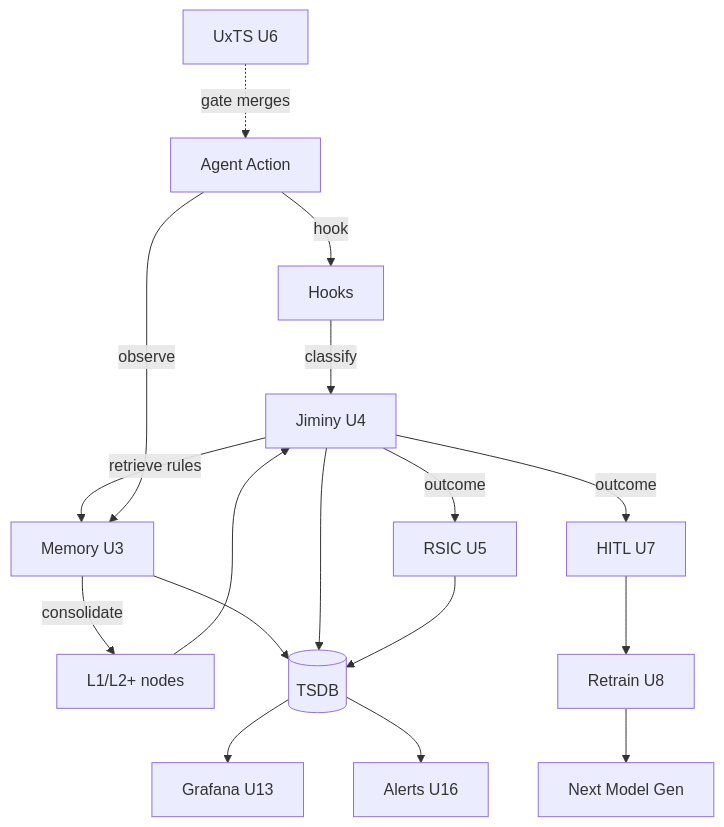
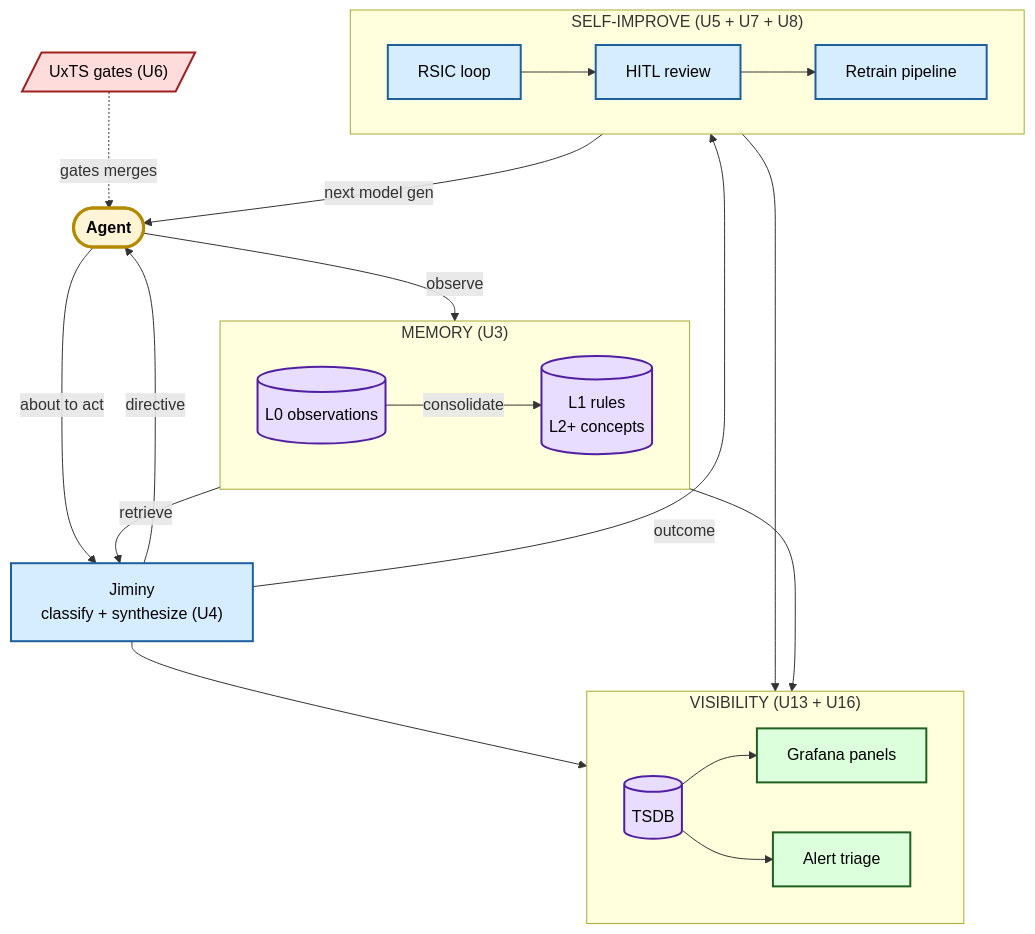
Before and after one commit to reh3376/mdemg: diagram 16 of 23 in docs/onboarding/mdemg-onboarding-deck.md, drawn with Mermaid. The commit also changed other lines of this file and 28 other files, not shown here.

````diff
--- a/docs/onboarding/mdemg-onboarding-deck.md
+++ b/docs/onboarding/mdemg-onboarding-deck.md
@@ -2109,19 +2109,43 @@
 ```mermaid
-graph TD
-  Agent[Agent Action] -->|hook| Hook[Hooks]
-  Hook -->|classify| Jiminy
-  Jiminy[Jiminy U4] -->|retrieve rules| Memory
-  Agent -->|observe| Memory[Memory U3]
-  Memory -->|consolidate| L1[L1/L2+ nodes]
-  L1 --> Jiminy
-  Jiminy -->|outcome| RSIC[RSIC U5]
-  Jiminy -->|outcome| HITL[HITL U7]
-  HITL --> Retrain[Retrain U8]
-  Retrain --> NextModel[Next Model Gen]
-  Memory --> TSDB[(TSDB)]
-  Jiminy --> TSDB
-  RSIC --> TSDB
-  TSDB --> Grafana[Grafana U13]
-  TSDB --> Alerts[Alerts U16]
-  UxTS[UxTS U6] -.->|gate merges| Agent
+flowchart TD
+    classDef actor fill:#fff5d6,stroke:#b58900,stroke-width:3px,color:#000,font-weight:bold
+    classDef service fill:#d6ecff,stroke:#1e5fa0,stroke-width:2px,color:#000
+    classDef store fill:#e8dcff,stroke:#5020a0,stroke-width:2px,color:#000
+    classDef sink fill:#dcffdc,stroke:#206020,stroke-width:2px,color:#000
+    classDef gate fill:#ffdcdc,stroke:#a02020,stroke-width:2px,color:#000
+
+    Agent(["Agent"]):::actor
+
+    subgraph Memory[" MEMORY (U3) "]
+        direction LR
+        L0[(L0 observations)]:::store -->|consolidate| L1[(L1 rules<br/>L2+ concepts)]:::store
+    end
+
+    Jiminy["Jiminy<br/>classify + synthesize (U4)"]:::service
+
+    subgraph Improve[" SELF-IMPROVE (U5 + U7 + U8) "]
+        direction LR
+        RSIC[RSIC loop]:::service --> HITL[HITL review]:::service --> Retrain[Retrain pipeline]:::service
+    end
+
+    subgraph Visibility[" VISIBILITY (U13 + U16) "]
+        direction LR
+        TSDB[(TSDB)]:::store --> Grafana[Grafana panels]:::sink
+        TSDB --> Alerts[Alert triage]:::sink
+    end
+
+    UxTS[/"UxTS gates (U6)"/]:::gate
+
+    Agent -->|observe| L0
+    Agent -->|about to act| Jiminy
+    L1 -->|retrieve| Jiminy
+    Jiminy -->|directive| Agent
+    Jiminy -->|outcome| Improve
+    Retrain -->|next model gen| Agent
+
+    L0 --> TSDB
+    Jiminy --> TSDB
+    RSIC --> TSDB
+
+    UxTS -.->|gates merges| Agent
 ```
````
